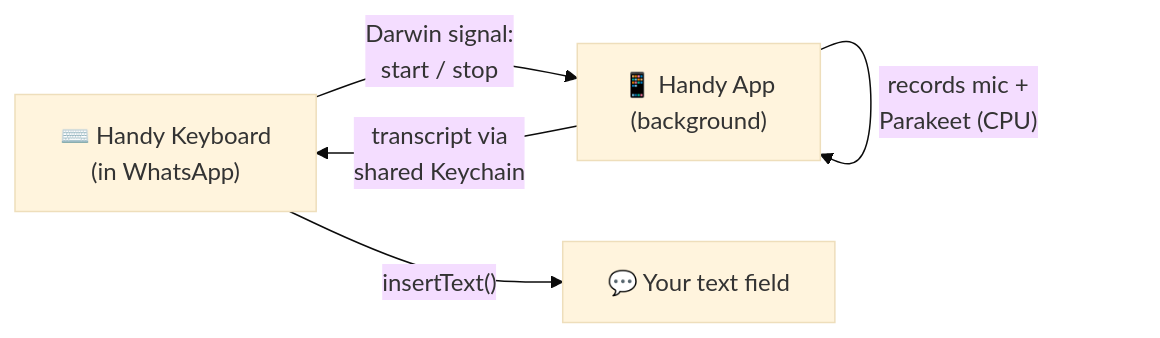
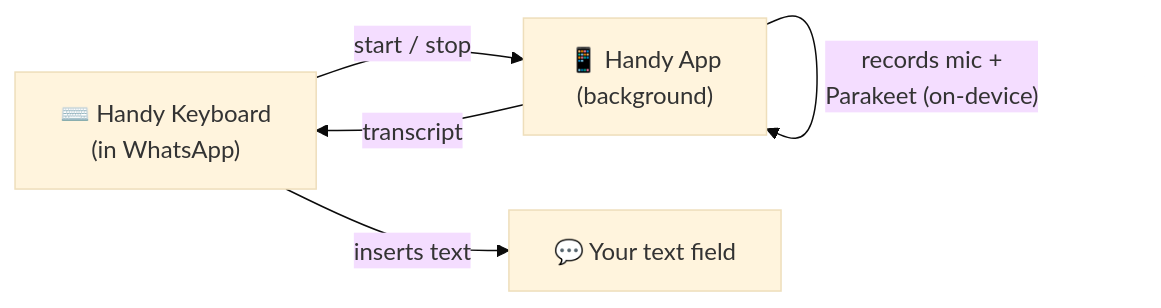
Before and after one commit to harshuljain13/Murmur: the diagram in README.md, drawn with Mermaid (base theme). The commit also changed other lines of this file and 5 other files, not shown here.

````diff
--- a/README.md
+++ b/README.md
@@ -88,7 +66,7 @@
 ```mermaid
 flowchart LR
-    K["⌨️ Handy Keyboard<br/>(in WhatsApp)"] -- "Darwin signal:<br/>start / stop" --> A
-    A["📱 Handy App<br/>(background)"] -- "records mic +<br/>Parakeet (CPU)" --> A
-    A -- "transcript via<br/>shared Keychain" --> K
-    K -- "insertText()" --> W["💬 Your text field"]
+    K["⌨️ Handy Keyboard<br/>(in WhatsApp)"] -- "start / stop" --> A
+    A["📱 Handy App<br/>(background)"] -- "records mic +<br/>Parakeet (on-device)" --> A
+    A -- "transcript" --> K
+    K -- "inserts text" --> W["💬 Your text field"]
 ```
````
